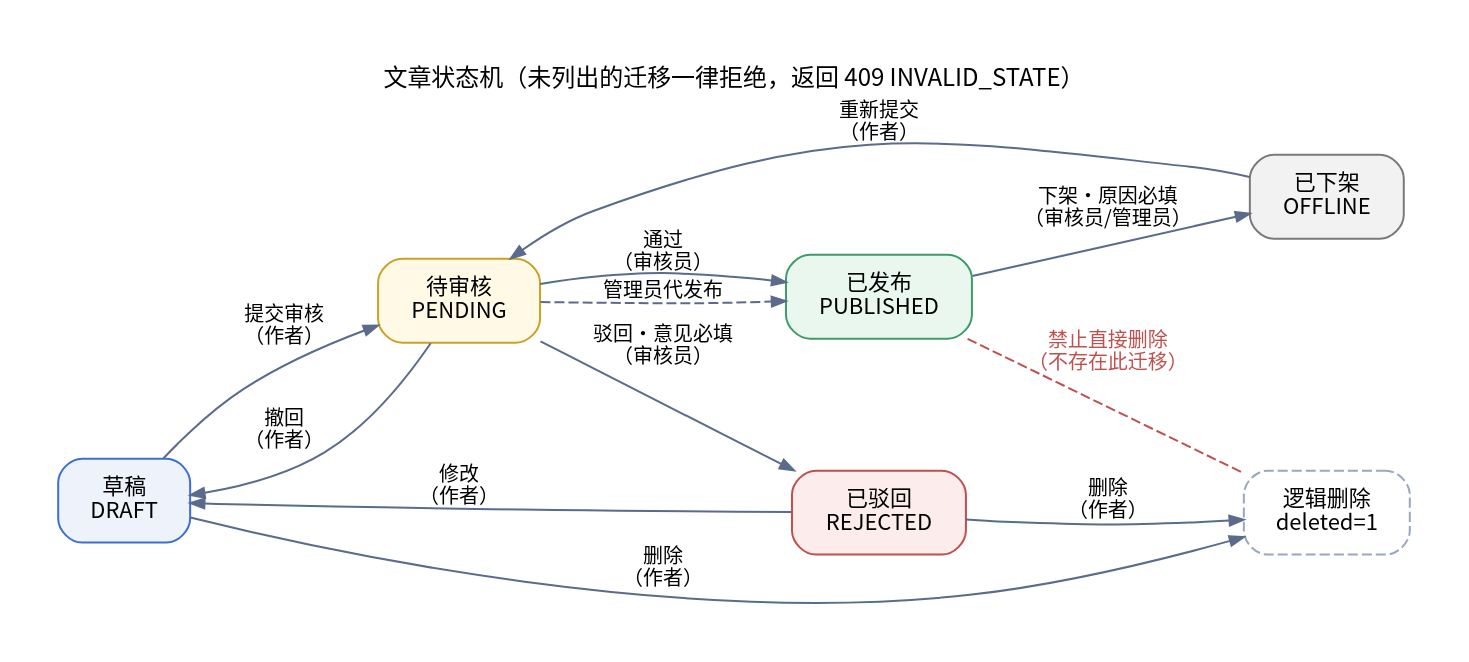
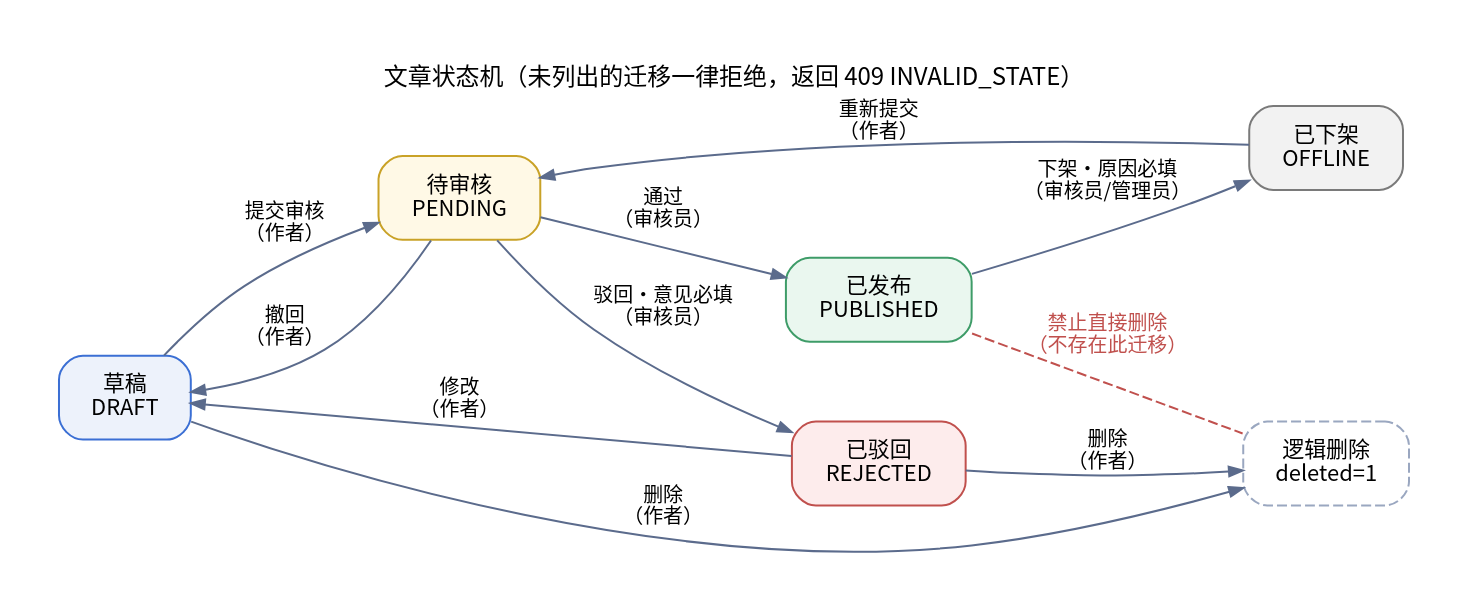
One commit to yunqitianxiao/cms changed the diagram in docs/diagrams/article-lifecycle.dot. Above: the diagram before and after it, drawn with Graphviz. The commit also changed 153 other files, not shown here.

```diff
--- a/docs/diagrams/article-lifecycle.dot
+++ b/docs/diagrams/article-lifecycle.dot
@@ -1,27 +1,26 @@
 digraph Lifecycle {
   graph [rankdir=LR, fontname="Noto Sans CJK SC", fontsize=12, labelloc=t,
          label="文章状态机（未列出的迁移一律拒绝，返回 409 INVALID_STATE）",
          nodesep=0.55, ranksep=0.75, pad=0.3];
   node  [fontname="Noto Sans CJK SC", fontsize=11, shape=box, style="rounded,filled", margin="0.22,0.12"];
   edge  [fontname="Noto Sans CJK SC", fontsize=10, color="#5B6B8C", arrowsize=0.7];
 
   DRAFT     [label="草稿\nDRAFT",     fillcolor="#EDF2FB", color="#3B6FD4"];
   PENDING   [label="待审核\nPENDING", fillcolor="#FFF9E6", color="#C9A227"];
   PUBLISHED [label="已发布\nPUBLISHED", fillcolor="#EAF7EF", color="#3E9C68"];
   REJECTED  [label="已驳回\nREJECTED", fillcolor="#FDECEC", color="#C0504D"];
   OFFLINE   [label="已下架\nOFFLINE", fillcolor="#F2F2F2", color="#7A7A7A"];
   DELETED   [label="逻辑删除\ndeleted=1", fillcolor="#FFFFFF", color="#9AA7C0", style="rounded,dashed,filled"];
 
   DRAFT -> PENDING    [label="提交审核\n（作者）"];
   PENDING -> PUBLISHED [label="通过\n（审核员）"];
   PENDING -> REJECTED  [label="驳回·意见必填\n（审核员）"];
   PENDING -> DRAFT     [label="撤回\n（作者）"];
-  PENDING -> PUBLISHED [label="管理员代发布", style=dashed];
   REJECTED -> DRAFT    [label="修改\n（作者）"];
   PUBLISHED -> OFFLINE [label="下架·原因必填\n（审核员/管理员）"];
   OFFLINE -> PENDING   [label="重新提交\n（作者）"];
   DRAFT -> DELETED     [label="删除\n（作者）"];
   REJECTED -> DELETED  [label="删除\n（作者）"];
   PUBLISHED -> DELETED [label="禁止直接删除\n（不存在此迁移）", color="#C0504D", style=dashed,
                         fontcolor="#C0504D", arrowhead=none];
 }
```
